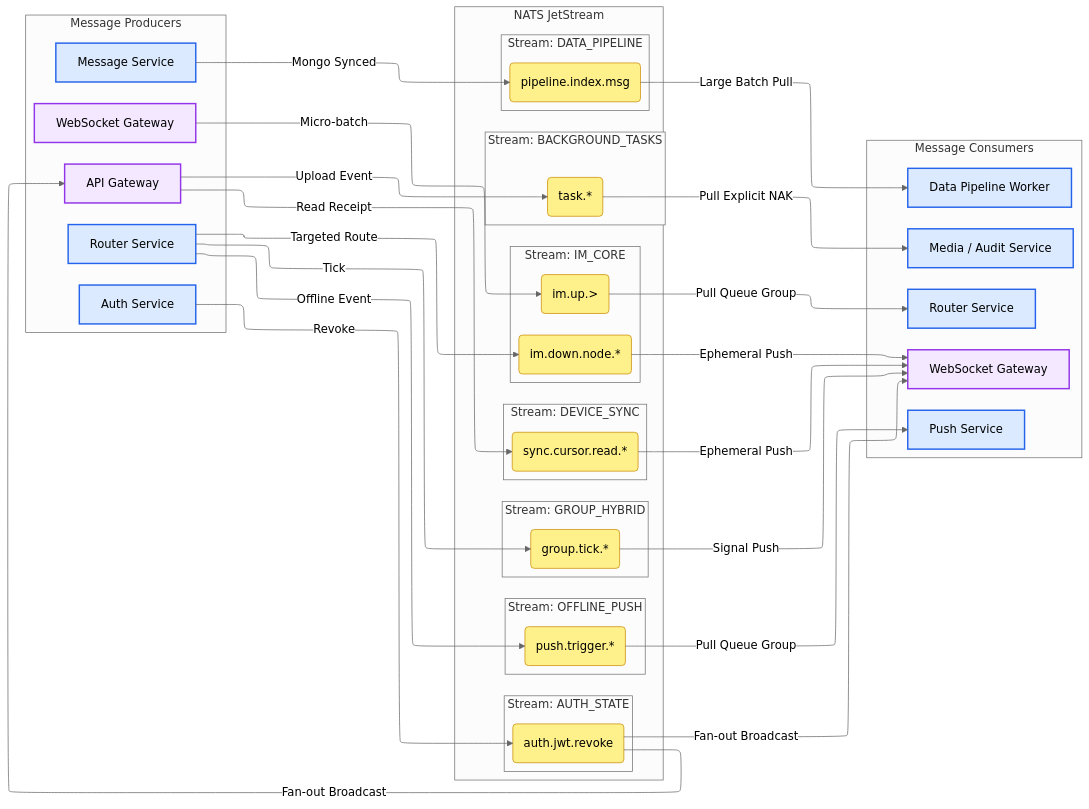
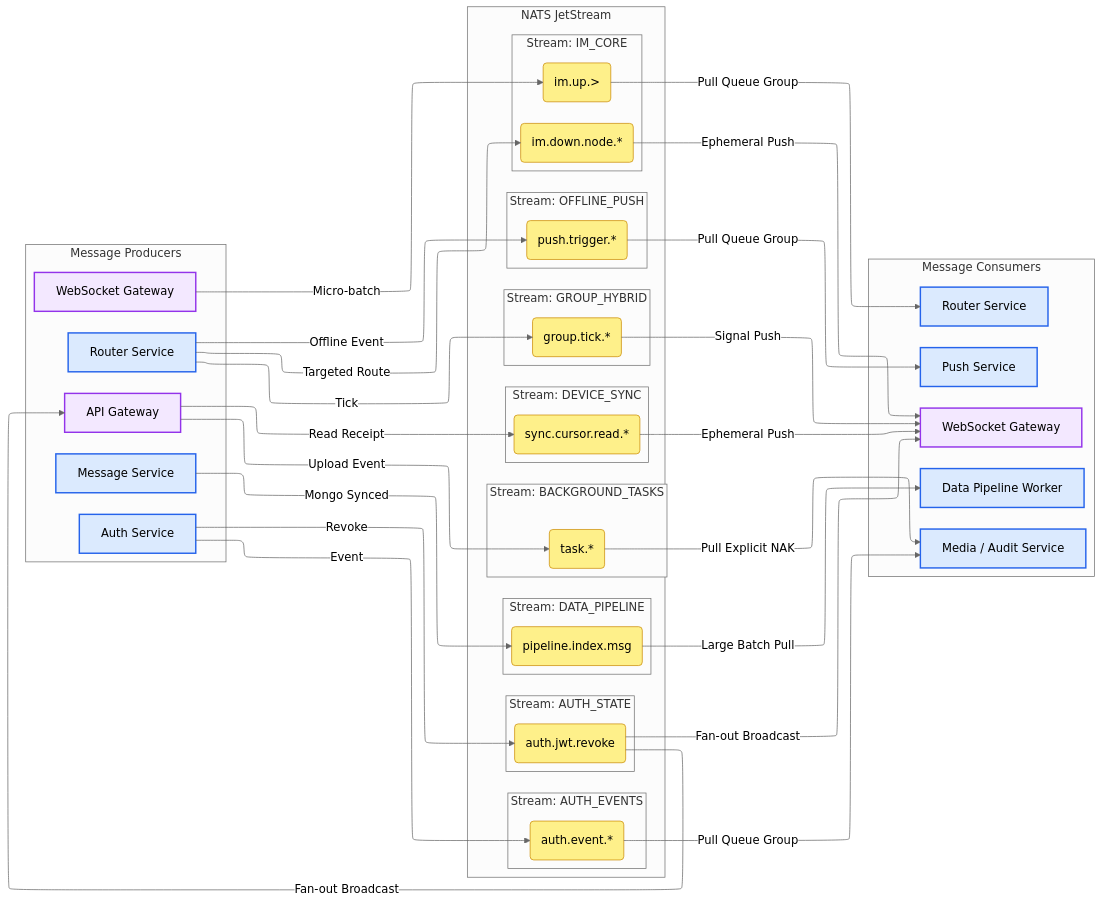
Before and after one commit to JamesWilson19970101/ocean.chat.docs: the first of 2 diagrams in docs/devdocs/jetstream-strategy.md, drawn with Mermaid (neutral theme). The commit also changed other lines of this file and 9 other files, not shown here.

```diff
--- a/docs/devdocs/jetstream-strategy.md
+++ b/docs/devdocs/jetstream-strategy.md
@@ -71,6 +70,10 @@
             REVOKE(auth.jwt.revoke):::subject
         end
 
+        subgraph S_EVENTS [Stream: AUTH_EVENTS]
+            AEVENTS(auth.event.*):::subject
+        end
+
         subgraph S_PIPE [Stream: DATA_PIPELINE]
             INDEX(pipeline.index.msg):::subject
         end
@@ -99,6 +102,7 @@
     RS_P -- Tick --> TICK
     RS_P -- Offline Event --> PUSH
     AS_P -- Revoke --> REVOKE
+    AS_P -- Event --> AEVENTS
     MS_P -- Mongo Synced --> INDEX
     API_P -- Upload Event --> TASK
     API_P -- Read Receipt --> SYNC
@@ -108,6 +112,7 @@
     DOWN -- Ephemeral Push --> WSG_C
     REVOKE -- Fan-out Broadcast --> WSG_C
     REVOKE -- Fan-out Broadcast --> API_P
+    AEVENTS -- Pull Queue Group --> MEDIA_C
     TICK -- Signal Push --> WSG_C
     PUSH -- Pull Queue Group --> PUSH_C
     INDEX -- Large Batch Pull --> DP_C
```
